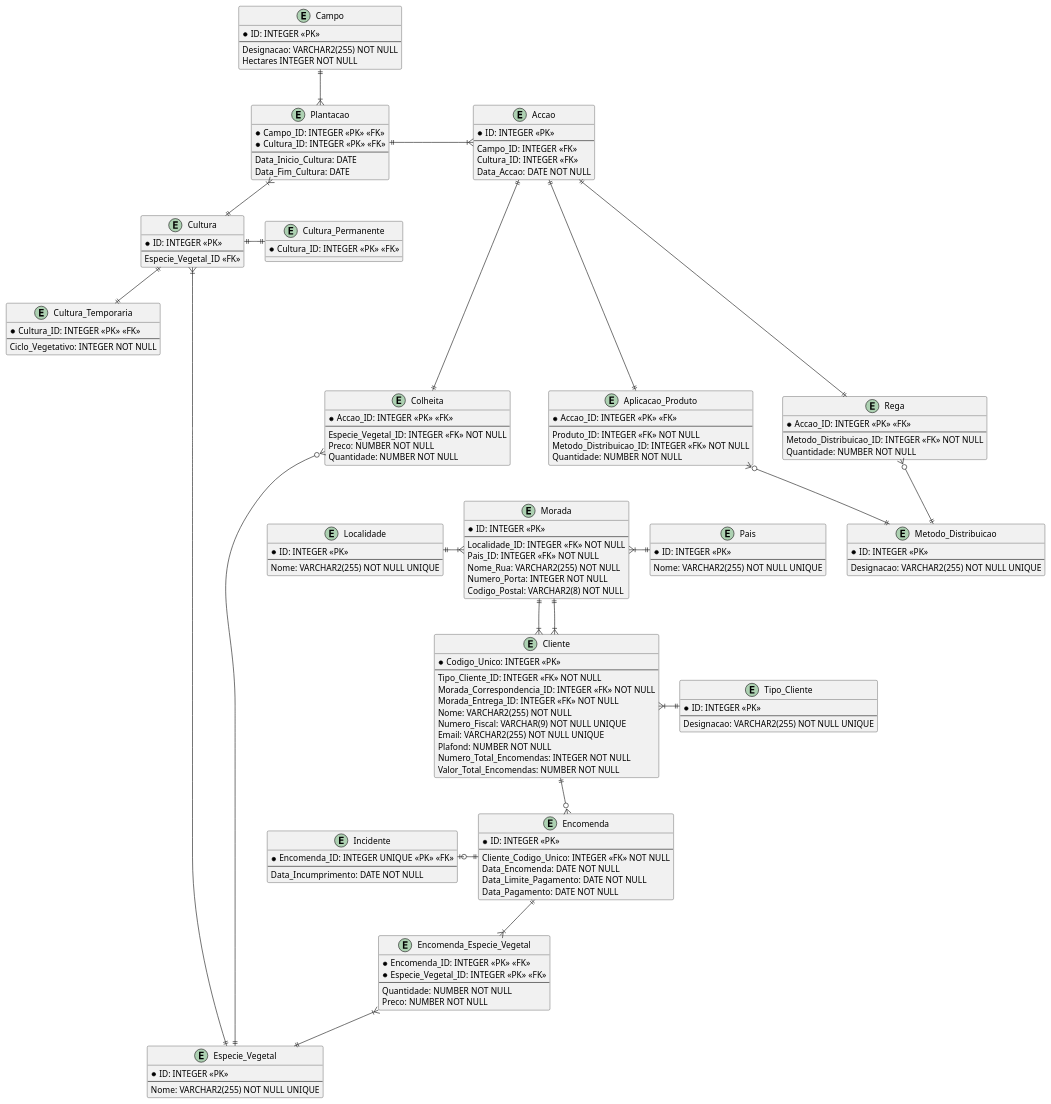
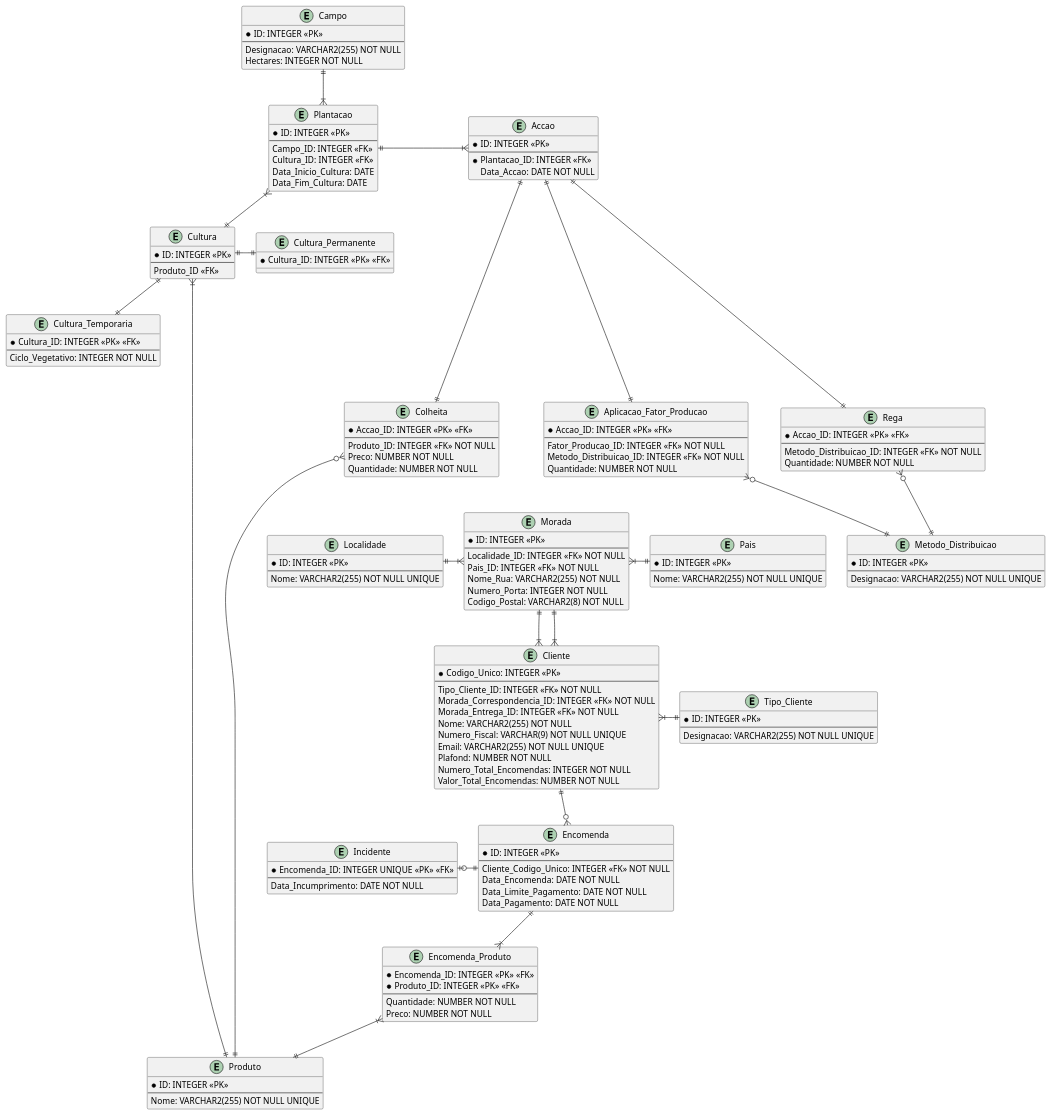
The diagram in BDDAD/Quinta-Finanças.puml (Mendoncaa/LAPR3), drawn with PlantUML before and after one commit. The commit also changed 4 other files, not shown here.

```diff
--- a/BDDAD/Quinta-Finanças.puml
+++ b/BDDAD/Quinta-Finanças.puml
@@ -1,194 +1,194 @@
 @startuml Quinta-Finanças
 
 /'TODO #1:- Verificar se a Designação de um Campo é única e se estas 
 devem seguir um conjunto de regras;'/
 /'TODO #2:- Determinar o valor minímo de uma qualquer Área;'/
 /'Constraints:- [[Area, CHECK(Area > Mínimo)]]'/
 entity Campo {
     * ID: INTEGER <<PK>>
     --
     Designacao: VARCHAR2(255) NOT NULL
-    Hectares INTEGER NOT NULL
+    Hectares: INTEGER NOT NULL
 }
 
 /'Triggers:-
     #1: Verificar que uma Cultura não é simultaneamente uma Cultura_Temporaria
     e Cultura_Permanente;'/
 entity Cultura {
     * ID: INTEGER <<PK>>
     --
-    Especie_Vegetal_ID <<FK>>
+    Produto_ID <<FK>>
 }
 
 /'Contraints:- [[Ciclo_Vegetativo, CHECK(Ciclo_Vegetativo > 0)], 
 [Ciclo_Vegetativo, CHECK(Ciclo_Vegetativo < 12)]]'/
 entity Cultura_Temporaria {
     * Cultura_ID: INTEGER <<PK>> <<FK>>
     --
     Ciclo_Vegetativo: INTEGER NOT NULL
 }
 
 entity Cultura_Permanente {
     * Cultura_ID: INTEGER <<PK>> <<FK>>
 }
 
 /'Constraints:- [[Campo_ID, Data_Inicio_Cultura, UNIQUE(Campo_ID, Data_Inicio_Cultura)], 
 [Data_Fim_Cultura, CHECK(Data_Fim_Cultura < Data_Inicio_Cultura)]]'/
 entity Plantacao {
-    * Campo_ID: INTEGER <<PK>> <<FK>>
-    * Cultura_ID: INTEGER <<PK>> <<FK>>
+    * ID: INTEGER <<PK>>
     --
+    Campo_ID: INTEGER <<FK>>
+    Cultura_ID: INTEGER <<FK>>
     Data_Inicio_Cultura: DATE
     Data_Fim_Cultura: DATE
 }
 
-entity Especie_Vegetal {
+entity Produto {
     * ID: INTEGER <<PK>>
     --
     Nome: VARCHAR2(255) NOT NULL UNIQUE
 }
 
 entity Tipo_Cliente {
     * ID: INTEGER <<PK>>
     --
     Designacao: VARCHAR2(255) NOT NULL UNIQUE
 }
 
 /'Constraints:- [[Numero_Fiscal, CHECK(Numero_Fiscal LIKE "[0-9]{9}")], 
 [Email, CHECK(Email LIKE "[a-z][0-9a-z]*@[a-z]+\.[a-z]")]]'/
 entity Cliente {
     * Codigo_Unico: INTEGER <<PK>>
     --
     Tipo_Cliente_ID: INTEGER <<FK>> NOT NULL
     Morada_Correspondencia_ID: INTEGER <<FK>> NOT NULL
     Morada_Entrega_ID: INTEGER <<FK>> NOT NULL
     Nome: VARCHAR2(255) NOT NULL
     Numero_Fiscal: VARCHAR(9) NOT NULL UNIQUE
     Email: VARCHAR2(255) NOT NULL UNIQUE
     Plafond: NUMBER NOT NULL
     Numero_Total_Encomendas: INTEGER NOT NULL
     Valor_Total_Encomendas: NUMBER NOT NULL
 }
 
 /'Constraints:- [[Numero_Porta, CHECK(Numero_Porta > 0)], 
 [Codigo_Postal, CHECK(Codigo_Postal LIKE "[0-9]{4}-[0-9]{3}")]]'/
 entity Morada {
     * ID: INTEGER <<PK>>
     --
     Localidade_ID: INTEGER <<FK>> NOT NULL
     Pais_ID: INTEGER <<FK>> NOT NULL
     Nome_Rua: VARCHAR2(255) NOT NULL
     Numero_Porta: INTEGER NOT NULL
     Codigo_Postal: VARCHAR2(8) NOT NULL
 }
 
 entity Localidade {
     * ID: INTEGER <<PK>>
     --
     Nome: VARCHAR2(255) NOT NULL UNIQUE
 }
 
 entity Pais {
     * ID: INTEGER <<PK>>
     --
     Nome: VARCHAR2(255) NOT NULL UNIQUE
 }
 
 entity Encomenda {
     * ID: INTEGER <<PK>>
     --
     Cliente_Codigo_Unico: INTEGER <<FK>> NOT NULL
     Data_Encomenda: DATE NOT NULL
     Data_Limite_Pagamento: DATE NOT NULL
     Data_Pagamento: DATE NOT NULL
 }
 
 /'Triggers:-
     #1:'/
 entity Incidente {
     * Encomenda_ID: INTEGER UNIQUE <<PK>> <<FK>> 
     --
     Data_Incumprimento: DATE NOT NULL
 }
 
-entity Encomenda_Especie_Vegetal {
+entity Encomenda_Produto {
     * Encomenda_ID: INTEGER <<PK>> <<FK>>
-    * Especie_Vegetal_ID: INTEGER <<PK>> <<FK>>
+    * Produto_ID: INTEGER <<PK>> <<FK>>
     --
     Quantidade: NUMBER NOT NULL
     Preco: NUMBER NOT NULL
 }
 
 /'Constraints:- [[Quantidade, CHECK(Quantidade > 0)]]'/
 entity Accao {
     * ID: INTEGER <<PK>>
     --
-    Campo_ID: INTEGER <<FK>>
-    Cultura_ID: INTEGER <<FK>>
+    *Plantacao_ID: INTEGER <<FK>>
     Data_Accao: DATE NOT NULL
 }
 
 entity Metodo_Distribuicao {
     * ID: INTEGER <<PK>>
     --
     Designacao: VARCHAR2(255) NOT NULL UNIQUE
 }
 
 entity Rega {
     * Accao_ID: INTEGER <<PK>> <<FK>>
     --
     Metodo_Distribuicao_ID: INTEGER <<FK>> NOT NULL
     Quantidade: NUMBER NOT NULL
 }
 
-entity Aplicacao_Produto {
+entity Aplicacao_Fator_Producao {
     * Accao_ID: INTEGER <<PK>> <<FK>>
     --
-    Produto_ID: INTEGER <<FK>> NOT NULL
+    Fator_Producao_ID: INTEGER <<FK>> NOT NULL
     Metodo_Distribuicao_ID: INTEGER <<FK>> NOT NULL
     Quantidade: NUMBER NOT NULL
 }
 
 entity Colheita {
     * Accao_ID: INTEGER <<PK>> <<FK>>
     --
-    Especie_Vegetal_ID: INTEGER <<FK>> NOT NULL
+    Produto_ID: INTEGER <<FK>> NOT NULL
     Preco: NUMBER NOT NULL
     Quantidade: NUMBER NOT NULL
 }
 
 Campo ||-d-|{ Plantacao
 
 Cultura ||-u-|{ Plantacao
 Cultura ||-d-|| Cultura_Temporaria
 Cultura ||-r-|| Cultura_Permanente
 
-Especie_Vegetal||-u-|{Cultura
+Produto ||-u-|{Cultura
 
 Plantacao ||-r-|{ Accao
 
 Tipo_Cliente ||-l-|{ Cliente
 
 Morada ||-d-|{ Cliente
 Morada ||-d-|{ Cliente
 
 Localidade ||-r-|{ Morada
 
 Pais ||-l-|{ Morada
 
 Cliente ||-d-o{ Encomenda
 
 Encomenda ||-l-o| Incidente
-Encomenda ||-d-|{ Encomenda_Especie_Vegetal
+Encomenda ||-d-|{ Encomenda_Produto
 
-Especie_Vegetal ||-u-|{ Encomenda_Especie_Vegetal
-Especie_Vegetal ||---u---o{ Colheita
+Produto ||-u-|{ Encomenda_Produto
+Produto ||---u---o{ Colheita
 
 Accao ||--d--|| Rega
-Accao ||--d--|| Aplicacao_Produto
+Accao ||--d--|| Aplicacao_Fator_Producao
 Accao ||--d--|| Colheita
 
 Metodo_Distribuicao ||-u-o{ Rega
-Metodo_Distribuicao ||-u-o{ Aplicacao_Produto
+Metodo_Distribuicao ||-u-o{ Aplicacao_Fator_Producao
 
 @enduml
```
